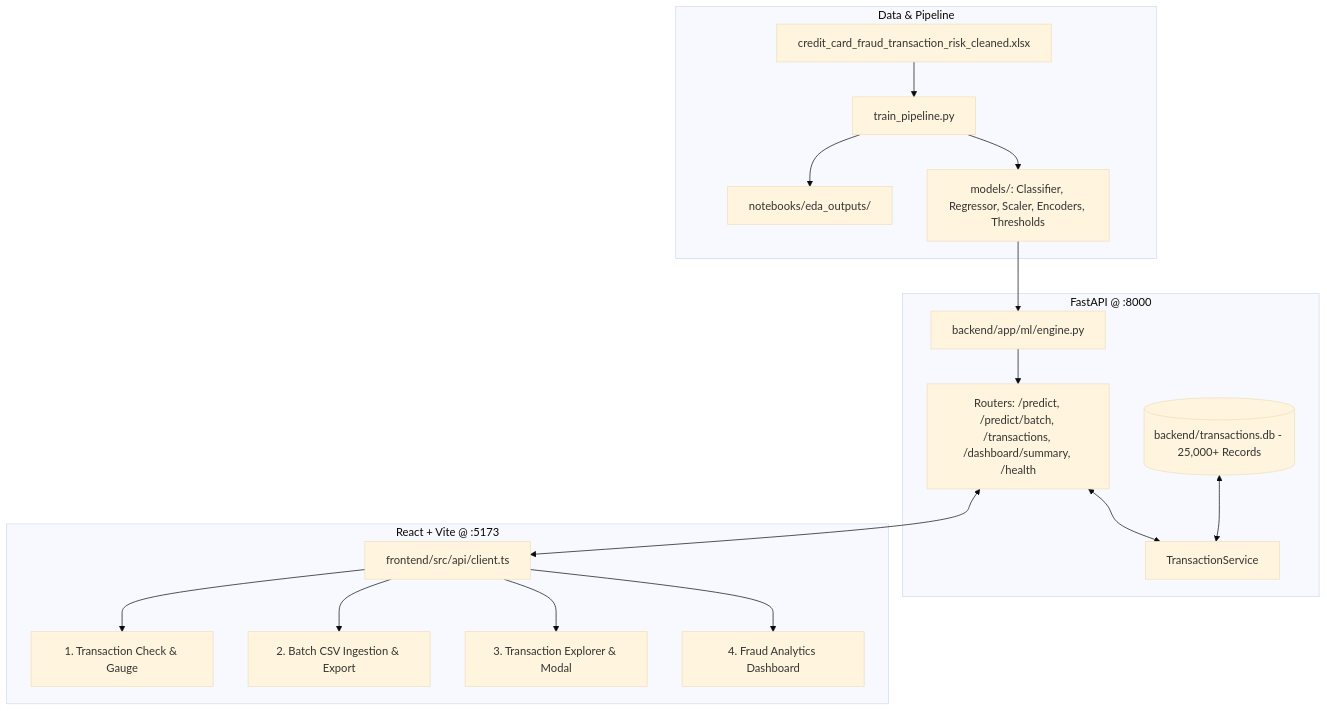
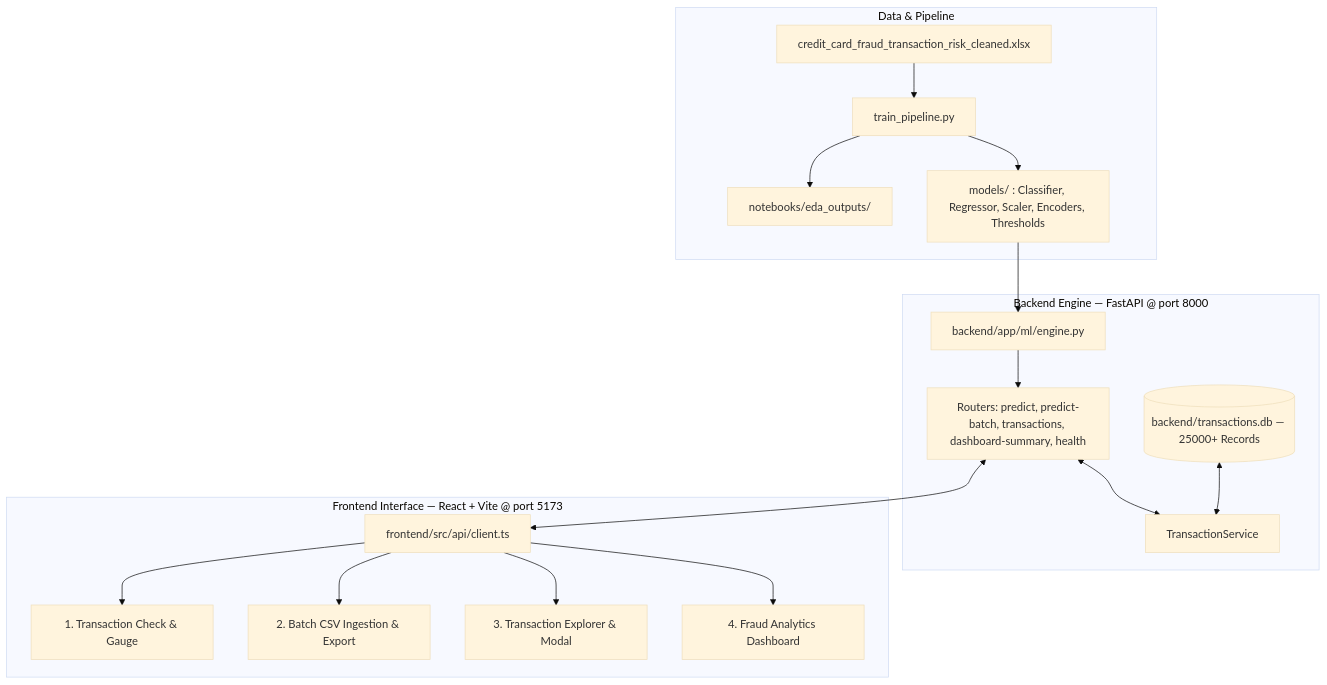
Before and after one commit to mdshafi-786/Credit-Card: the diagram in README.md, drawn with Mermaid (base theme).

Commit message:
fix: quote Mermaid diagram labels for GitHub rendering

````diff
--- a/README.md
+++ b/README.md
@@ -9,23 +9,23 @@
 ```mermaid
 flowchart TD
-    subgraph Data & Pipeline
-        RawData[credit_card_fraud_transaction_risk_cleaned.xlsx] --> Pipeline[train_pipeline.py]
-        Pipeline --> EDA[notebooks/eda_outputs/]
-        Pipeline --> Artifacts[models/: Classifier, Regressor, Scaler, Encoders, Thresholds]
+    subgraph DPL ["Data & Pipeline"]
+        RawData["credit_card_fraud_transaction_risk_cleaned.xlsx"] --> Pipeline["train_pipeline.py"]
+        Pipeline --> EDA["notebooks/eda_outputs/"]
+        Pipeline --> Artifacts["models/ : Classifier, Regressor, Scaler, Encoders, Thresholds"]
     end
 
-    subgraph Backend Engine [FastAPI @ :8000]
-        Artifacts --> MLEngine[backend/app/ml/engine.py]
-        SQLite[(backend/transactions.db - 25,000+ Records)] <--> TxService[TransactionService]
-        MLEngine --> Routers[Routers: /predict, /predict/batch, /transactions, /dashboard/summary, /health]
+    subgraph BE ["Backend Engine — FastAPI @ port 8000"]
+        Artifacts --> MLEngine["backend/app/ml/engine.py"]
+        SQLite[("backend/transactions.db — 25000+ Records")] <--> TxService["TransactionService"]
+        MLEngine --> Routers["Routers: predict, predict-batch, transactions, dashboard-summary, health"]
         Routers <--> TxService
     end
 
-    subgraph Frontend Interface [React + Vite @ :5173]
-        Routers <--> APIClient[frontend/src/api/client.ts]
-        APIClient --> V1[1. Transaction Check & Gauge]
-        APIClient --> V2[2. Batch CSV Ingestion & Export]
-        APIClient --> V3[3. Transaction Explorer & Modal]
-        APIClient --> V4[4. Fraud Analytics Dashboard]
+    subgraph FE ["Frontend Interface — React + Vite @ port 5173"]
+        Routers <--> APIClient["frontend/src/api/client.ts"]
+        APIClient --> V1["1. Transaction Check & Gauge"]
+        APIClient --> V2["2. Batch CSV Ingestion & Export"]
+        APIClient --> V3["3. Transaction Explorer & Modal"]
+        APIClient --> V4["4. Fraud Analytics Dashboard"]
     end
 ```
````
